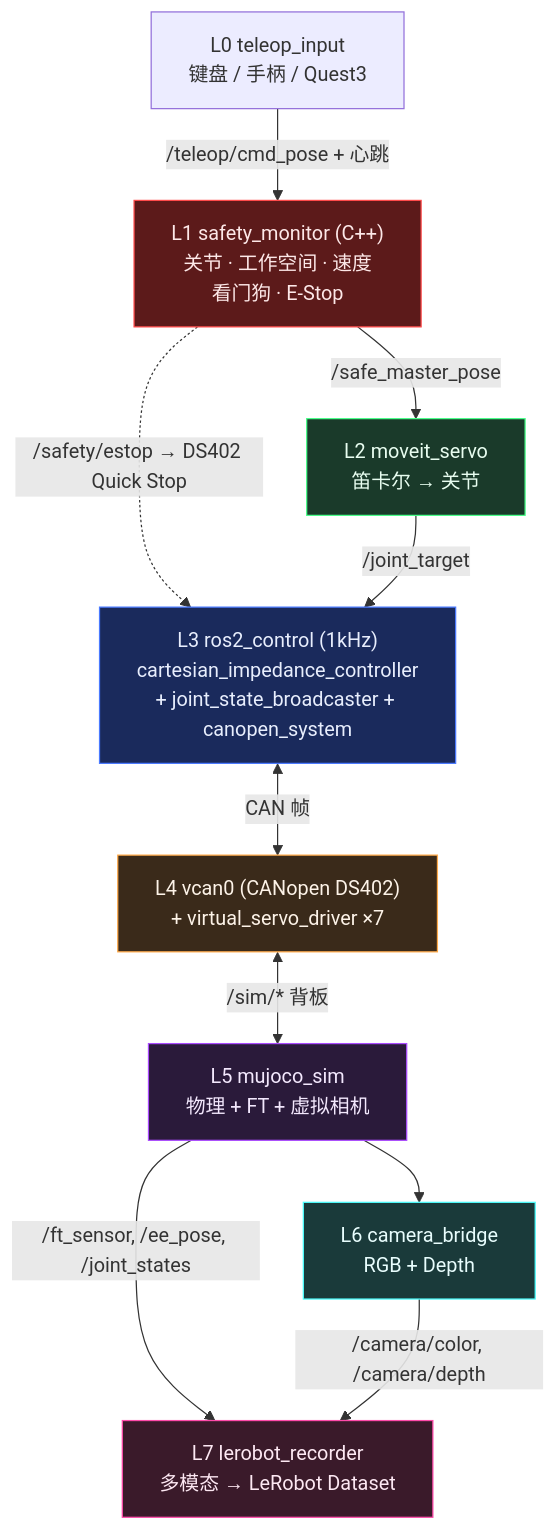
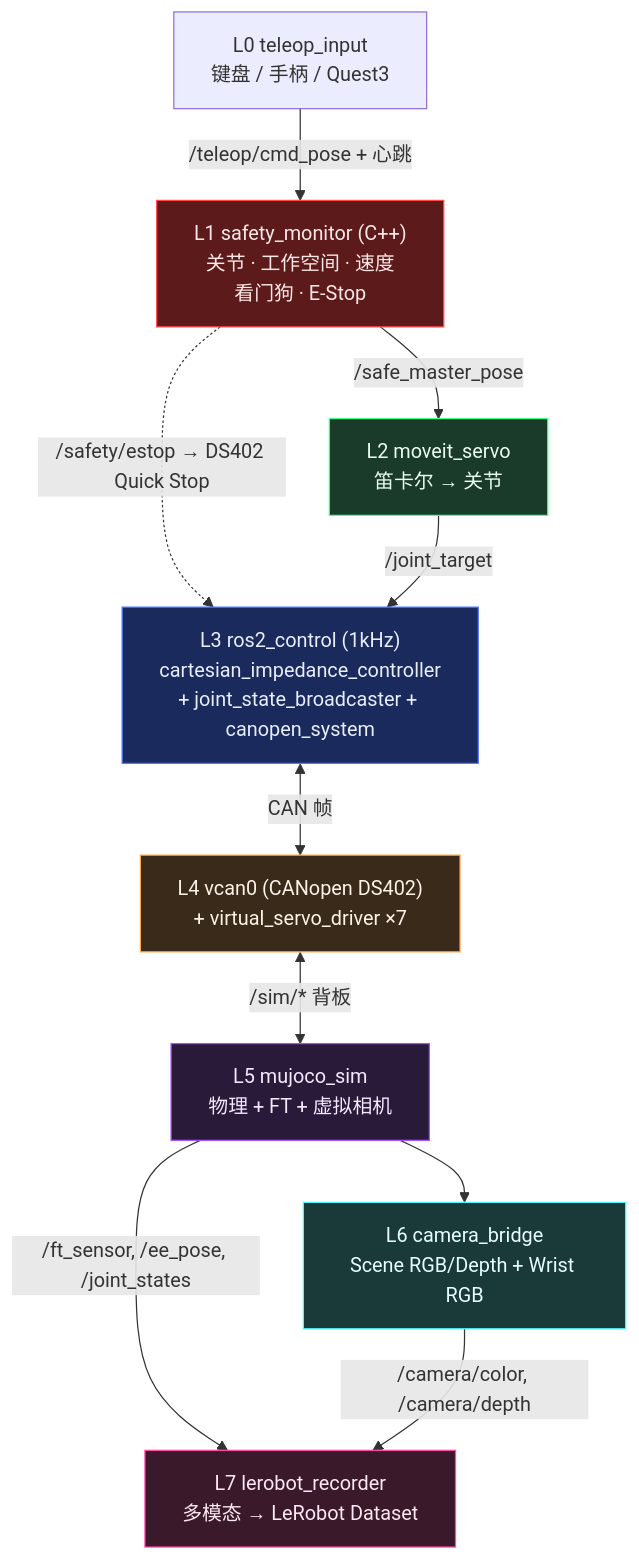
The second of 2 diagrams in README.md (inayina/ros2-arm-teleoperation-suite), drawn with Mermaid before and after one commit. The commit also changed other lines of this file and 5 other files, not shown here.

````diff
--- a/README.md
+++ b/README.md
@@ -138,29 +141,29 @@
 ```mermaid
 flowchart TB
     TI["L0 teleop_input<br/>键盘 / 手柄 / Quest3"]
     SM["L1 safety_monitor (C++)<br/>关节 · 工作空间 · 速度<br/>看门狗 · E-Stop"]
     SV["L2 moveit_servo<br/>笛卡尔 → 关节"]
     RC["L3 ros2_control (1kHz)<br/>cartesian_impedance_controller<br/>+ joint_state_broadcaster + canopen_system"]
     FB["L4 vcan0 (CANopen DS402)<br/>+ virtual_servo_driver ×7"]
     MJ["L5 mujoco_sim<br/>物理 + FT + 虚拟相机"]
-    CAM["L6 camera_bridge<br/>RGB + Depth"]
+    CAM["L6 camera_bridge<br/>Scene RGB/Depth + Wrist RGB"]
     REC["L7 lerobot_recorder<br/>多模态 → LeRobot Dataset"]
 
     TI -->|"/teleop/cmd_pose + 心跳"| SM
     SM -->|"/safe_master_pose"| SV
     SM -.->|"/safety/estop → DS402 Quick Stop"| RC
     SV -->|"/joint_target"| RC
     RC <-->|"CAN 帧"| FB
     FB <-->|"/sim/* 背板"| MJ
     MJ -->|"/ft_sensor, /ee_pose, /joint_states"| REC
     MJ --> CAM
     CAM -->|"/camera/color, /camera/depth"| REC
 
     style SM fill:#5c1a1a,stroke:#ff4a4a,color:#fde8e8
     style SV fill:#1a3a2a,stroke:#4aff8a,color:#e8fdf0
     style RC fill:#1a2a5c,stroke:#4a7aff,color:#e8eefd
     style FB fill:#3a2a1a,stroke:#ffaa4a,color:#fdf3e8
     style MJ fill:#2a1a3a,stroke:#aa4aff,color:#f3e8fd
     style CAM fill:#1a3a3a,stroke:#4affff,color:#e8fdfd
     style REC fill:#3a1a2a,stroke:#ff4aaa,color:#fde8f3
 ```
````
